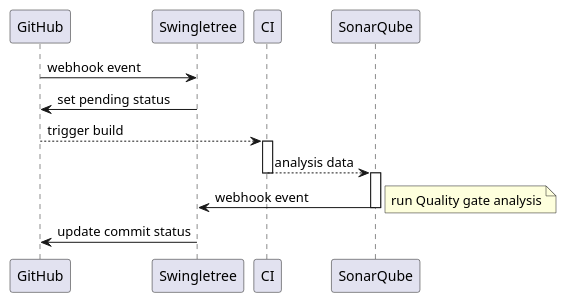
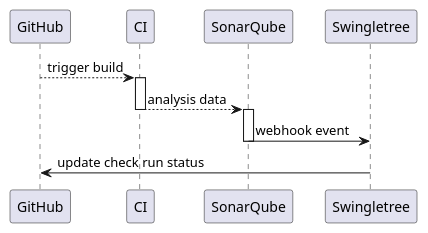
Before and after one commit to swingletree-oss/swingletree: the diagram in docs/activity-diagram.puml, drawn with PlantUML. The commit also changed 1 other file, not shown here.

Commit message:
docs: update activity diagram

```diff
--- a/docs/activity-diagram.puml
+++ b/docs/activity-diagram.puml
@@ -1,13 +1,10 @@
 @startuml Swingletree flow
-  GitHub -> Swingletree : webhook event
-  Swingletree -> GitHub : set pending status
   GitHub --> CI : trigger build
   activate CI
   CI --> SonarQube: analysis data
   deactivate CI
   activate SonarQube
   SonarQube -> Swingletree : webhook event
-  note right: run Quality gate analysis
   deactivate SonarQube
-  Swingletree -> GitHub : update commit status
+  Swingletree -> GitHub : update check run status
 @enduml
```
